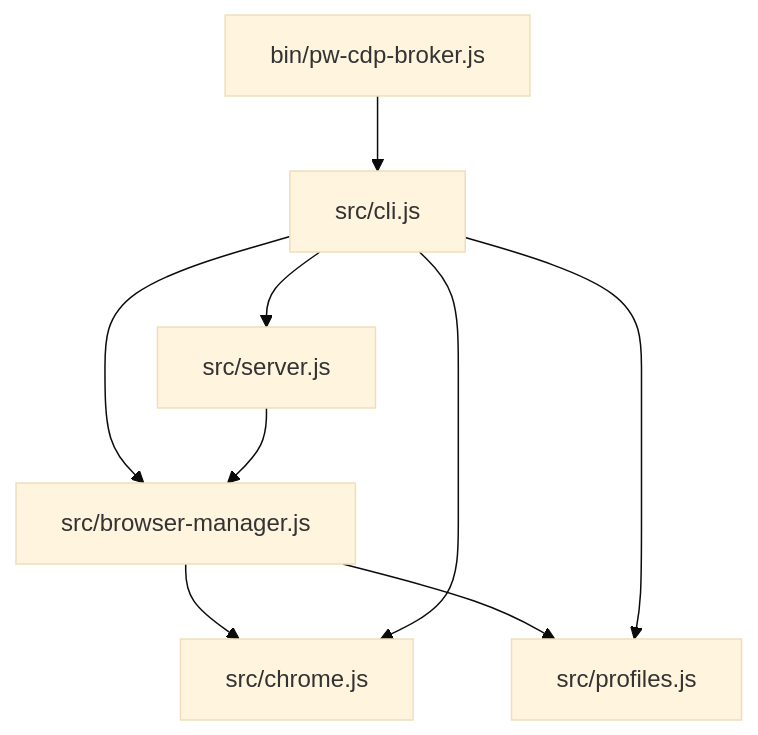
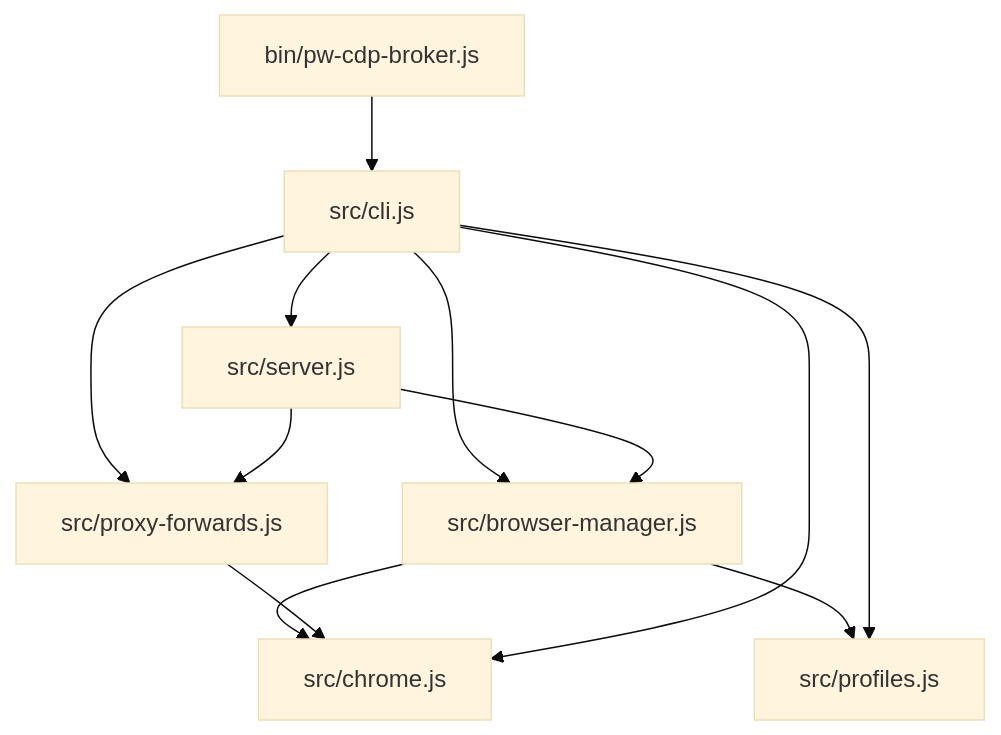
Before and after one commit to sloppygadget-bot/pw-cdp-broker: the diagram in .kn/wiki/architecture/module-boundaries.md, drawn with Mermaid (base theme). The commit also changed other lines of this file and 24 other files, not shown here.

````diff
--- a/.kn/wiki/architecture/module-boundaries.md
+++ b/.kn/wiki/architecture/module-boundaries.md
@@ -28,11 +29,14 @@
 ```mermaid
 flowchart TD
   bin["bin/pw-cdp-broker.js"] --> cli["src/cli.js"]
   cli --> server["src/server.js"]
   cli --> manager["src/browser-manager.js"]
+  cli --> proxyForwards["src/proxy-forwards.js"]
   server --> manager
+  server --> proxyForwards
   manager --> chrome["src/chrome.js"]
   manager --> profiles["src/profiles.js"]
+  proxyForwards --> chrome
   cli --> chrome["src/chrome.js"]
   cli --> profiles["src/profiles.js"]
 ```
````
